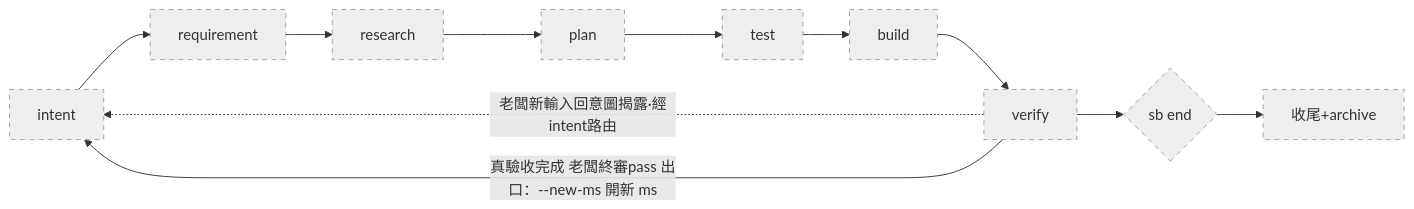
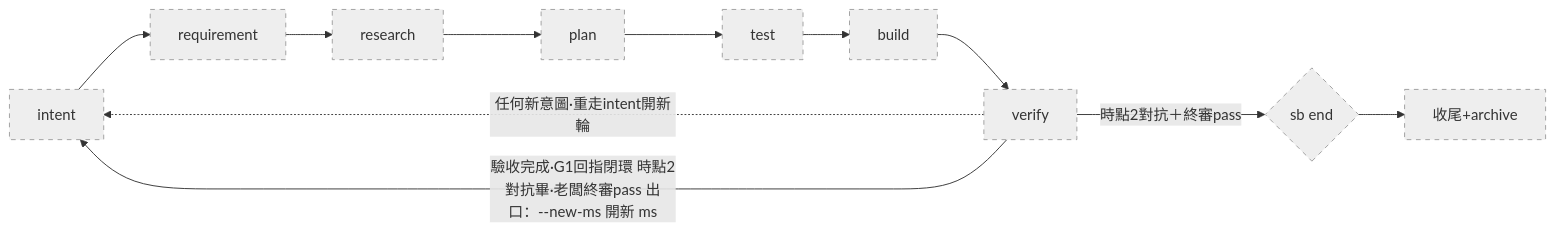
Before and after one commit to teps3105/shiftblame: the first of 3 diagrams in skills/shiftblame/assets/SLUG.md, drawn with Mermaid. The commit also changed other lines of this file and 32 other files, not shown here.

````diff
--- a/skills/shiftblame/assets/SLUG.md
+++ b/skills/shiftblame/assets/SLUG.md
@@ -70,11 +70,11 @@
 ```mermaid
 flowchart LR
     A[intent]:::todo --> B[requirement]:::todo --> C[research]:::todo --> D[plan]:::todo
     D --> E[test]:::todo --> F[build]:::todo --> G[verify]:::todo
-    G -.->|老闆新輸入回意圖揭露·經intent路由| A
-    G -->|真驗收完成 老闆終審pass 出口：--new-ms 開新 ms| A
-    G --> H{sb end}:::todo --> I[收尾+archive]:::todo
+    G -.->|任何新意圖·重走intent開新輪| A
+    G -->|驗收完成·G1回指閉環 時點2對抗畢·老闆終審pass 出口：--new-ms 開新 ms| A
+    G -->|時點2對抗＋終審pass| H{sb end}:::todo --> I[收尾+archive]:::todo
     classDef done fill:#c8e6c9,stroke:#388e3c
     classDef active fill:#ffe082,stroke:#f57f17,stroke-width:3px
     classDef todo fill:#eeeeee,stroke:#9e9e9e,stroke-dasharray: 5 5
 ```
````
